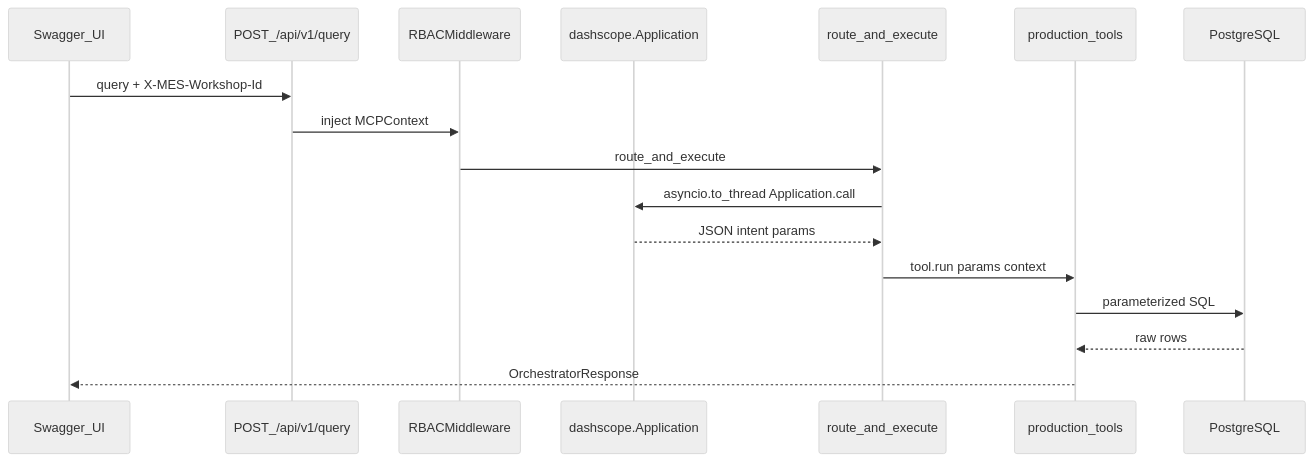
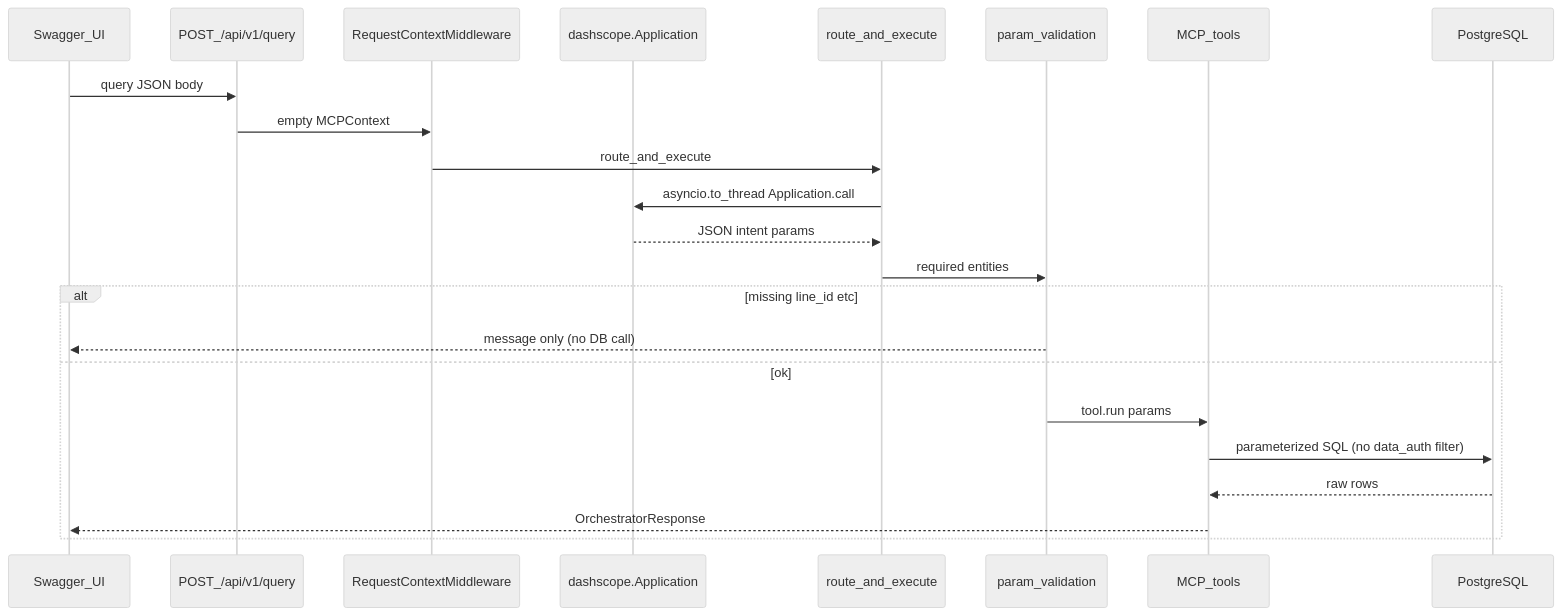
The diagram in README.md (Neutron-Ltd/aimes), drawn with Mermaid (neutral theme) before and after one commit. The commit also changed other lines of this file and 19 other files, not shown here.

````diff
--- a/README.md
+++ b/README.md
@@ -25,20 +28,26 @@
 ```mermaid
 sequenceDiagram
     participant User as Swagger_UI
     participant API as POST_/api/v1/query
-    participant RBAC as RBACMiddleware
+    participant MW as RequestContextMiddleware
     participant Bailian as dashscope.Application
     participant Router as route_and_execute
-    participant MCP as production_tools
+    participant Validate as param_validation
+    participant MCP as MCP_tools
     participant DB as PostgreSQL
 
-    User->>API: query + X-MES-Workshop-Id
-    API->>RBAC: inject MCPContext
-    RBAC->>Router: route_and_execute
+    User->>API: query JSON body
+    API->>MW: empty MCPContext
+    MW->>Router: route_and_execute
     Router->>Bailian: asyncio.to_thread Application.call
     Bailian-->>Router: JSON intent params
-    Router->>MCP: tool.run params context
-    MCP->>DB: parameterized SQL
-    DB-->>MCP: raw rows
-    MCP-->>User: OrchestratorResponse
+    Router->>Validate: required entities
+    alt missing line_id etc
+        Validate-->>User: message only (no DB call)
+    else ok
+        Validate->>MCP: tool.run params
+        MCP->>DB: parameterized SQL (no data_auth filter)
+        DB-->>MCP: raw rows
+        MCP-->>User: OrchestratorResponse
+    end
 ```
````
